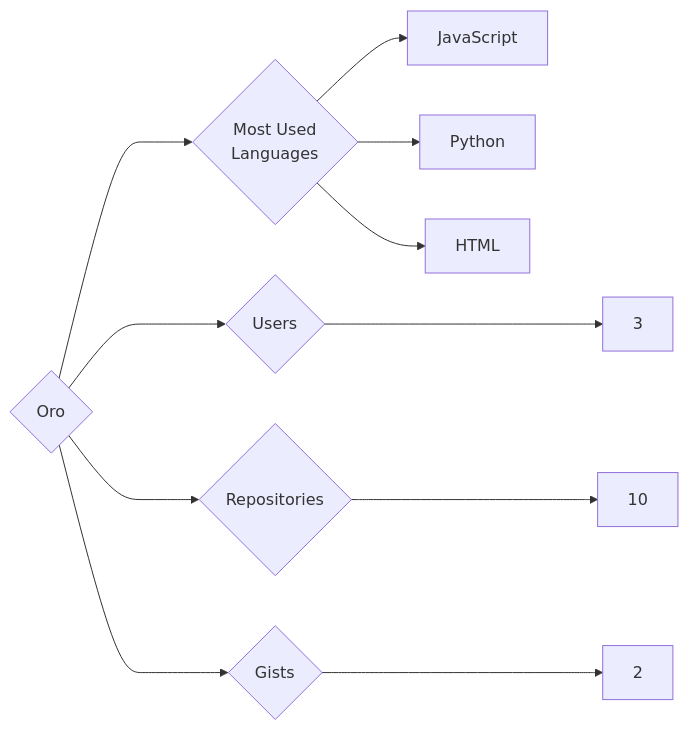
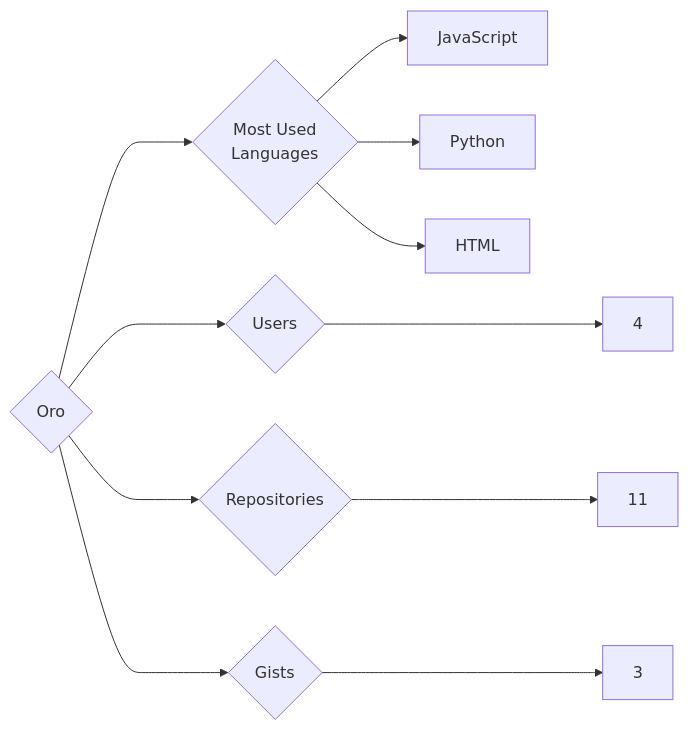
Before and after one commit to trickest/insiders: the diagram in targets/Oro/README.md, drawn with Mermaid. The commit also changed 948 other files, not shown here.

````diff
--- a/targets/Oro/README.md
+++ b/targets/Oro/README.md
@@ -3,11 +3,11 @@
 ```mermaid
 graph LR
 COMPANY_NAME{Oro}
-COMPANY_NAME ---> U{Users} ---> UN[3]
-COMPANY_NAME ---> R{Repositories} ---> RN[10]
-COMPANY_NAME ---> G{Gists} ---> GN[2]
+COMPANY_NAME ---> U{Users} ---> UN[4]
+COMPANY_NAME ---> R{Repositories} ---> RN[11]
+COMPANY_NAME ---> G{Gists} ---> GN[3]
 COMPANY_NAME ---> ML{Most Used<br>Languages}
 ML --> JavaScript[JavaScript]
 ML --> Python[Python]
 ML --> HTML[HTML]
 ```
````
